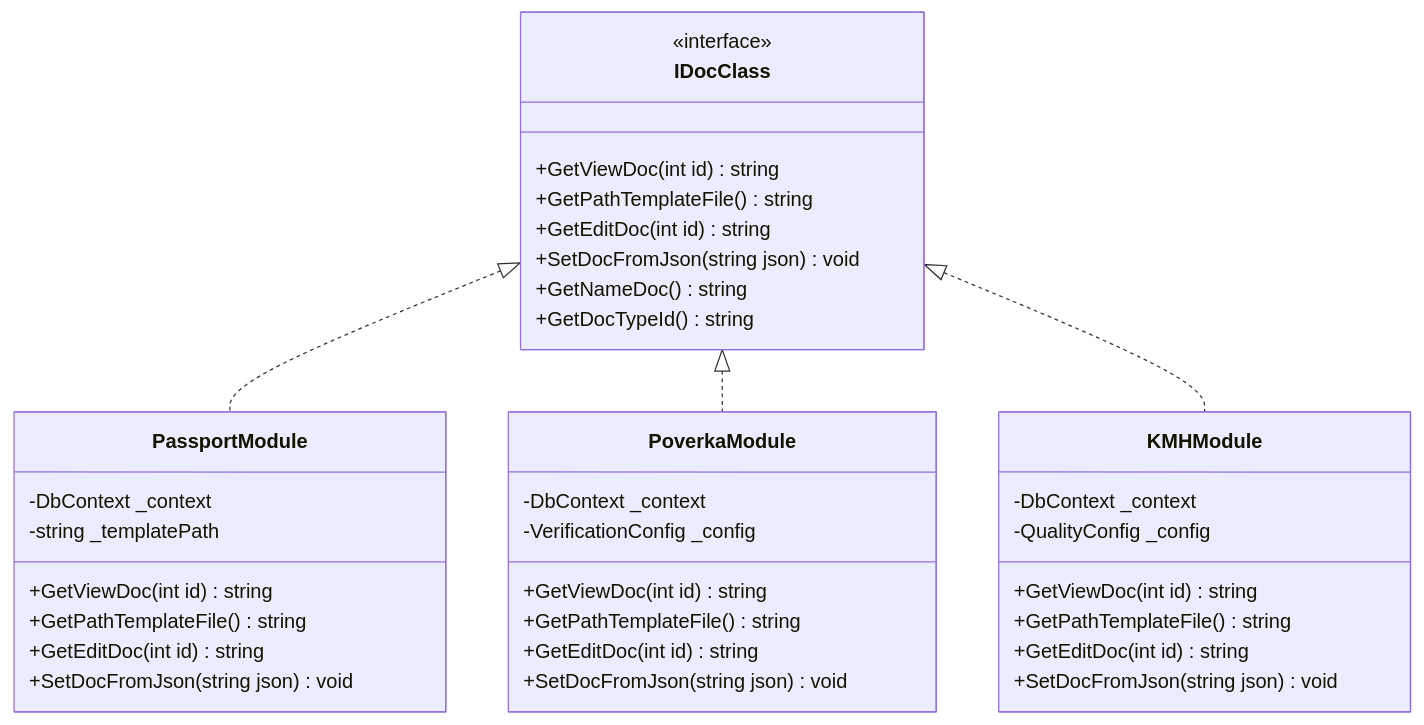
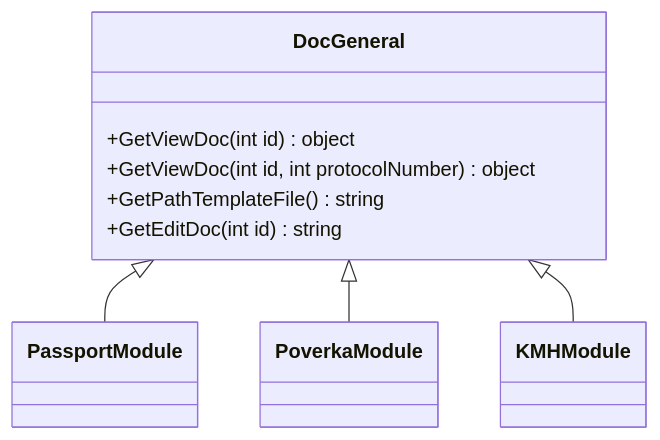
Before and after one commit to tn-ivk/tn-doc: the second of 10 diagrams in docs/architecture/document-modules.md, drawn with Mermaid. The commit also changed other lines of this file and 9 other files, not shown here.

````diff
--- a/docs/architecture/document-modules.md
+++ b/docs/architecture/document-modules.md
@@ -26,43 +26,17 @@
 ```mermaid
 classDiagram
-    class IDocClass {
-        <<interface>>
-        +GetViewDoc(int id) string
+    class DocGeneral {
+        +GetViewDoc(int id) object
+        +GetViewDoc(int id, int protocolNumber) object
         +GetPathTemplateFile() string
         +GetEditDoc(int id) string
-        +SetDocFromJson(string json) void
-        +GetNameDoc() string
-        +GetDocTypeId() string
     }
 
-    class PassportModule {
-        -DbContext _context
-        -string _templatePath
-        +GetViewDoc(int id) string
-        +GetPathTemplateFile() string
-        +GetEditDoc(int id) string
-        +SetDocFromJson(string json) void
-    }
+    class PassportModule
+    class PoverkaModule
+    class KMHModule
 
-    class PoverkaModule {
-        -DbContext _context
-        -VerificationConfig _config
-        +GetViewDoc(int id) string
-        +GetPathTemplateFile() string
-        +GetEditDoc(int id) string
-        +SetDocFromJson(string json) void
-    }
-
-    class KMHModule {
-        -DbContext _context
-        -QualityConfig _config
-        +GetViewDoc(int id) string
-        +GetPathTemplateFile() string
-        +GetEditDoc(int id) string
-        +SetDocFromJson(string json) void
-    }
-
-    IDocClass <|.. PassportModule
-    IDocClass <|.. PoverkaModule
-    IDocClass <|.. KMHModule
+    DocGeneral <|-- PassportModule
+    DocGeneral <|-- PoverkaModule
+    DocGeneral <|-- KMHModule
 ```
````
